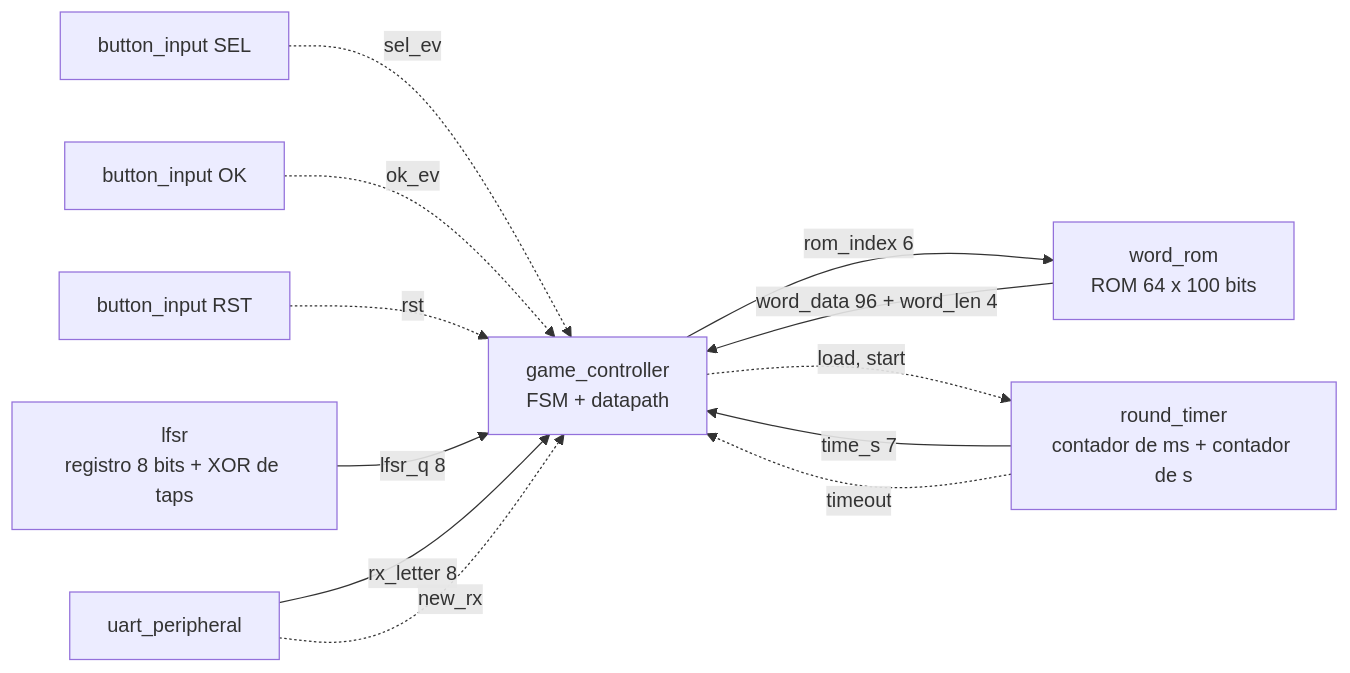
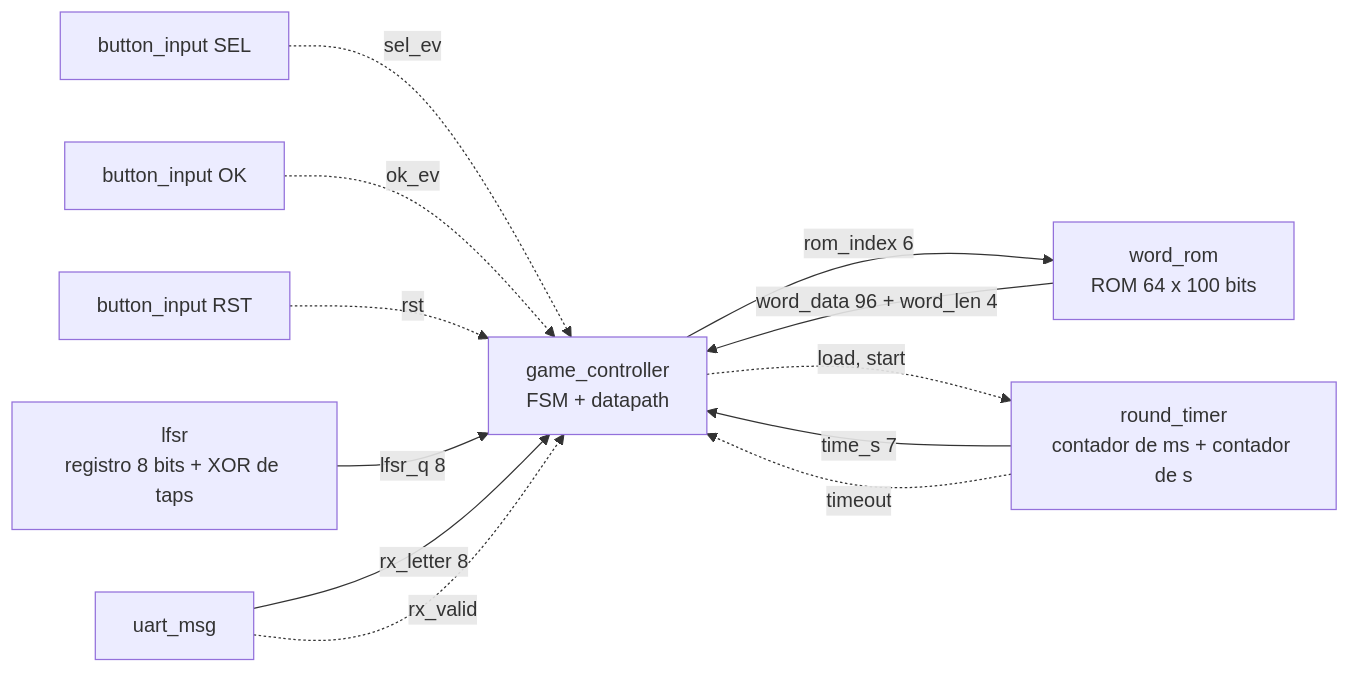
Before and after one commit to Jordis17/P2P: the third of 15 diagrams in Ahorcado_juego_electrónico_FPGA_y_PC_por_enlace_serial/FPGA/DOCUMENTATION/planteamiento.md, drawn with Mermaid. The commit also changed other lines of this file, not shown here.

````diff
--- a/Ahorcado_juego_electrónico_FPGA_y_PC_por_enlace_serial/FPGA/DOCUMENTATION/planteamiento.md
+++ b/Ahorcado_juego_electrónico_FPGA_y_PC_por_enlace_serial/FPGA/DOCUMENTATION/planteamiento.md
@@ -318,17 +329,17 @@
 ```mermaid
 flowchart LR
     BSEL["button_input SEL"] -.->|sel_ev| GC
     BOK["button_input OK"] -.->|ok_ev| GC
     BRST["button_input RST"] -.->|rst| GC
     LFSR["lfsr<br/>registro 8 bits + XOR de taps"] -->|"lfsr_q 8"| GC
-    UP["uart_peripheral"] -->|"rx_letter 8"| GC
-    UP -.->|new_rx| GC
+    UM["uart_msg"] -->|"rx_letter 8"| GC
+    UM -.->|rx_valid| GC
 
     GC["game_controller<br/>FSM + datapath"]
 
     GC -->|"rom_index 6"| ROM["word_rom<br/>ROM 64 x 100 bits"]
     ROM -->|"word_data 96 + word_len 4"| GC
     GC -.->|load, start| TMR["round_timer<br/>contador de ms + contador de s"]
     TMR -->|"time_s 7"| GC
     TMR -.->|timeout| GC
 ```
````
